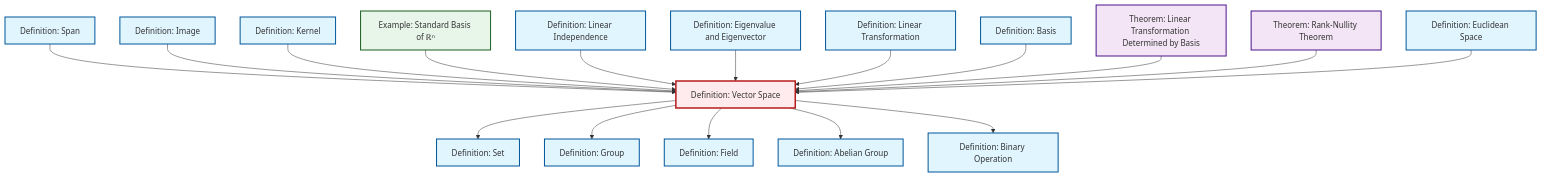
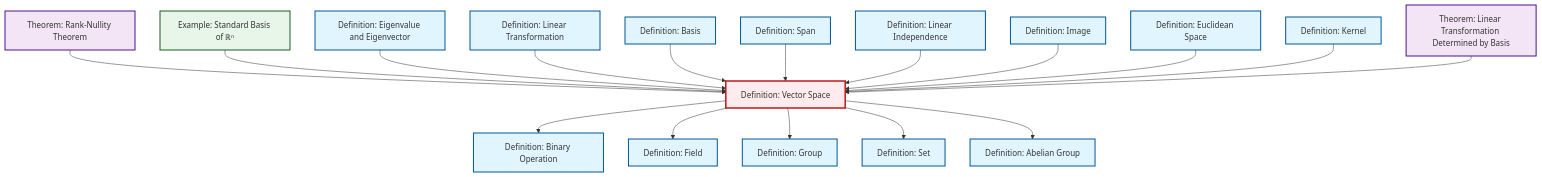
One commit to RK0429/ModernMath changed the diagram in content/ja/algebra/def-vector-space.qmd. Above: the diagram before and after it, drawn with Mermaid. The commit also changed other lines of this file and 615 other files, not shown here.

````diff
--- a/content/ja/algebra/def-vector-space.qmd
+++ b/content/ja/algebra/def-vector-space.qmd
@@ -56,59 +56,59 @@
 ```{mermaid}
 %%| fig-cap: "Local dependency graph"
 graph TD
     classDef definition fill:#e1f5fe,stroke:#01579b,stroke-width:2px
     classDef theorem fill:#f3e5f5,stroke:#4a148c,stroke-width:2px
     classDef axiom fill:#fff3e0,stroke:#e65100,stroke-width:2px
     classDef example fill:#e8f5e9,stroke:#1b5e20,stroke-width:2px
     classDef current fill:#ffebee,stroke:#b71c1c,stroke-width:3px
+    def-image["Definition: Image"]:::definition
+    def-basis["Definition: Basis"]:::definition
+    def-set["Definition: Set"]:::definition
+    def-linear-transformation["Definition: Linear Transformation"]:::definition
+    ex-standard-basis-rn["Example: Standard Basis of ℝⁿ"]:::example
+    def-kernel["Definition: Kernel"]:::definition
+    def-group["Definition: Group"]:::definition
+    def-span["Definition: Span"]:::definition
+    thm-linear-transformation-basis["Theorem: Linear Transformation Determined by Basis"]:::theorem
+    def-euclidean-space["Definition: Euclidean Space"]:::definition
+    def-binary-operation["Definition: Binary Operation"]:::definition
+    def-abelian-group["Definition: Abelian Group"]:::definition
+    def-field["Definition: Field"]:::definition
     def-linear-independence["Definition: Linear Independence"]:::definition
-    def-field["Definition: Field"]:::definition
-    def-abelian-group["Definition: Abelian Group"]:::definition
-    def-image["Definition: Image"]:::definition
-    def-set["Definition: Set"]:::definition
+    thm-rank-nullity["Theorem: Rank-Nullity Theorem"]:::theorem
     def-eigenvalue-eigenvector["Definition: Eigenvalue and Eigenvector"]:::definition
-    def-linear-transformation["Definition: Linear Transformation"]:::definition
-    thm-linear-transformation-basis["Theorem: Linear Transformation Determined by Basis"]:::theorem
     def-vector-space["Definition: Vector Space"]:::definition
-    def-euclidean-space["Definition: Euclidean Space"]:::definition
-    def-kernel["Definition: Kernel"]:::definition
-    def-basis["Definition: Basis"]:::definition
-    ex-standard-basis-rn["Example: Standard Basis of ℝⁿ"]:::example
-    def-span["Definition: Span"]:::definition
-    thm-rank-nullity["Theorem: Rank-Nullity Theorem"]:::theorem
-    def-group["Definition: Group"]:::definition
-    def-binary-operation["Definition: Binary Operation"]:::definition
-    def-span --> def-vector-space
-    def-vector-space --> def-set
-    def-image --> def-vector-space
-    def-kernel --> def-vector-space
+    thm-rank-nullity --> def-vector-space
+    def-vector-space --> def-binary-operation
     ex-standard-basis-rn --> def-vector-space
-    def-linear-independence --> def-vector-space
     def-eigenvalue-eigenvector --> def-vector-space
     def-linear-transformation --> def-vector-space
+    def-basis --> def-vector-space
+    def-span --> def-vector-space
+    def-linear-independence --> def-vector-space
+    def-vector-space --> def-field
+    def-image --> def-vector-space
     def-vector-space --> def-group
-    def-basis --> def-vector-space
-    def-vector-space --> def-field
+    def-vector-space --> def-set
+    def-euclidean-space --> def-vector-space
+    def-kernel --> def-vector-space
+    def-vector-space --> def-abelian-group
     thm-linear-transformation-basis --> def-vector-space
-    thm-rank-nullity --> def-vector-space
-    def-euclidean-space --> def-vector-space
-    def-vector-space --> def-abelian-group
-    def-vector-space --> def-binary-operation
     class def-vector-space current
-    click def-linear-independence "def-linear-independence.html" "Definition: Linear Independenceへ"
-    click def-field "def-field.html" "Definition: Fieldへ"
-    click def-abelian-group "def-abelian-group.html" "Definition: Abelian Groupへ"
     click def-image "def-image.html" "Definition: Imageへ"
+    click def-basis "def-basis.html" "Definition: Basisへ"
     click def-set "def-set.html" "Definition: Setへ"
-    click def-eigenvalue-eigenvector "def-eigenvalue-eigenvector.html" "Definition: Eigenvalue and Eigenvectorへ"
     click def-linear-transformation "def-linear-transformation.html" "Definition: Linear Transformationへ"
+    click ex-standard-basis-rn "ex-standard-basis-rn.html" "Example: Standard Basis of ℝⁿへ"
+    click def-kernel "def-kernel.html" "Definition: Kernelへ"
+    click def-group "def-group.html" "Definition: Groupへ"
+    click def-span "def-span.html" "Definition: Spanへ"
     click thm-linear-transformation-basis "thm-linear-transformation-basis.html" "Theorem: Linear Transformation Determined by Basisへ"
     click def-euclidean-space "def-euclidean-space.html" "Definition: Euclidean Spaceへ"
-    click def-kernel "def-kernel.html" "Definition: Kernelへ"
-    click def-basis "def-basis.html" "Definition: Basisへ"
-    click ex-standard-basis-rn "ex-standard-basis-rn.html" "Example: Standard Basis of ℝⁿへ"
-    click def-span "def-span.html" "Definition: Spanへ"
+    click def-binary-operation "def-binary-operation.html" "Definition: Binary Operationへ"
+    click def-abelian-group "def-abelian-group.html" "Definition: Abelian Groupへ"
+    click def-field "def-field.html" "Definition: Fieldへ"
+    click def-linear-independence "def-linear-independence.html" "Definition: Linear Independenceへ"
     click thm-rank-nullity "thm-rank-nullity.html" "Theorem: Rank-Nullity Theoremへ"
-    click def-group "def-group.html" "Definition: Groupへ"
-    click def-binary-operation "def-binary-operation.html" "Definition: Binary Operationへ"
+    click def-eigenvalue-eigenvector "def-eigenvalue-eigenvector.html" "Definition: Eigenvalue and Eigenvectorへ"
 ```
````
